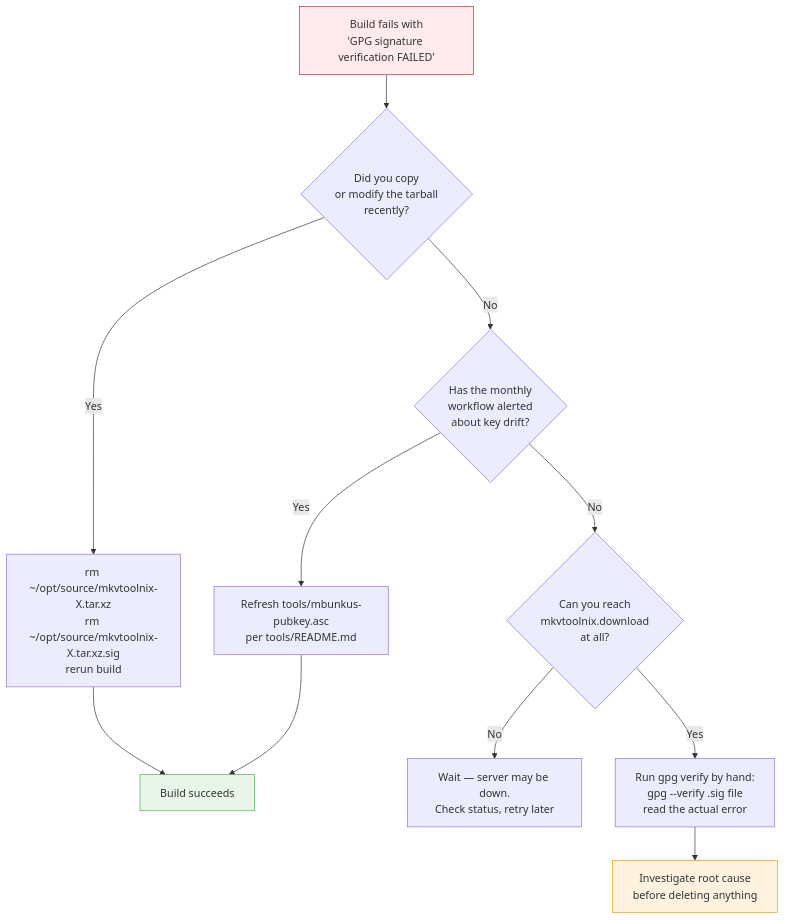
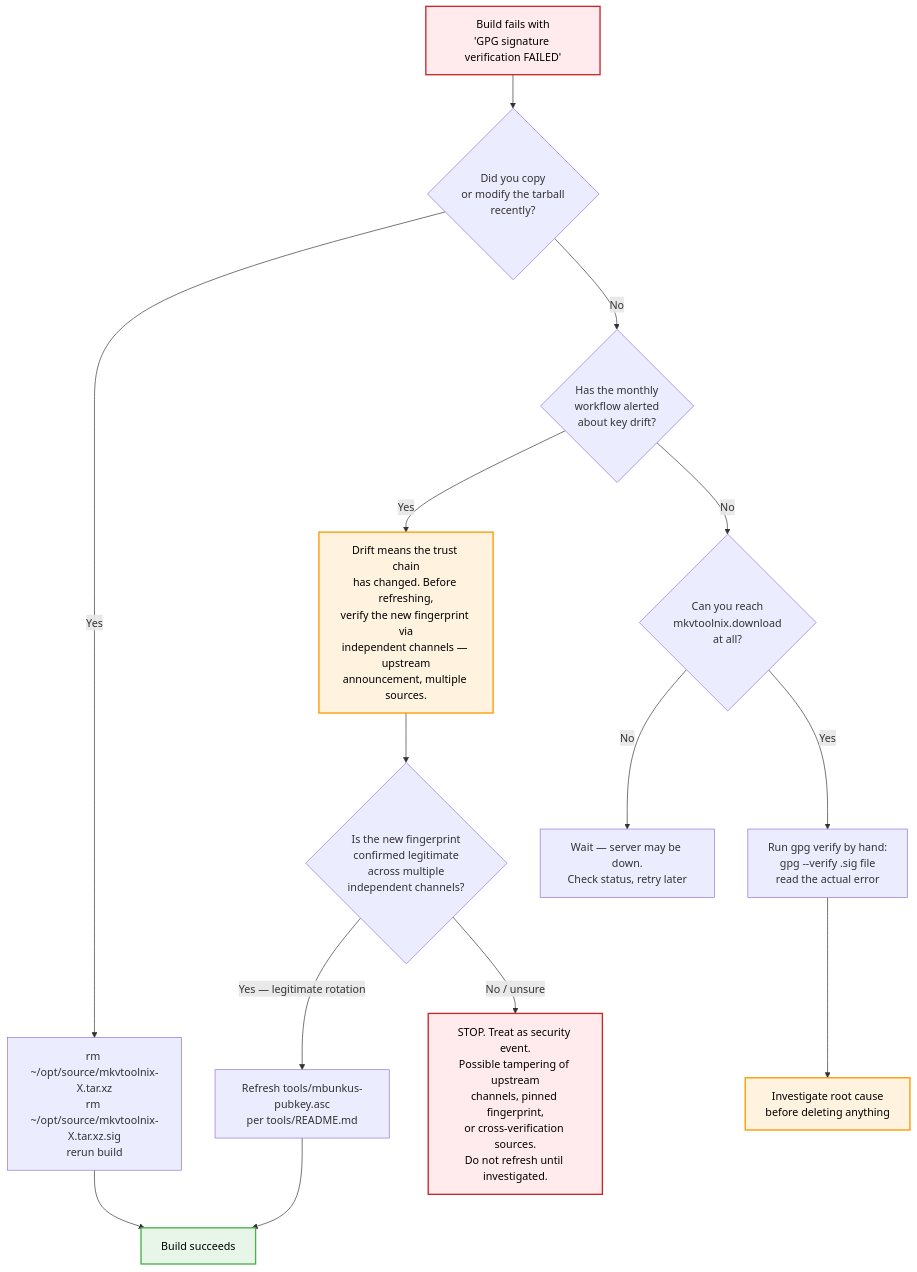
The fifth of 6 diagrams in docs/tarball-verification.md (CorticalCode/mkvtoolnix-macos-arm), drawn with Mermaid before and after one commit. The commit also changed other lines of this file and 2 other files, not shown here.

First line of the commit message:
docs: improve diagram readability and tighten guide content

````diff
--- a/docs/tarball-verification.md
+++ b/docs/tarball-verification.md
@@ -172,22 +179,28 @@
 ```mermaid
 flowchart TD
     Start[Build fails with<br/>'GPG signature verification FAILED']
     Start --> Q1{Did you copy<br/>or modify the tarball<br/>recently?}
 
     Q1 -->|Yes| Fix1[rm ~/opt/source/mkvtoolnix-X.tar.xz<br/>rm ~/opt/source/mkvtoolnix-X.tar.xz.sig<br/>rerun build]
     Q1 -->|No| Q2{Has the monthly<br/>workflow alerted<br/>about key drift?}
 
-    Q2 -->|Yes| Refresh[Refresh tools/mbunkus-pubkey.asc<br/>per tools/README.md]
+    Q2 -->|Yes| DriftCheck[Drift means the trust chain<br/>has changed. Before refreshing,<br/>verify the new fingerprint via<br/>independent channels — upstream<br/>announcement, multiple sources.]
+    DriftCheck --> Q2a{Is the new fingerprint<br/>confirmed legitimate<br/>across multiple<br/>independent channels?}
+    Q2a -->|Yes — legitimate rotation| Refresh[Refresh tools/mbunkus-pubkey.asc<br/>per tools/README.md]
+    Q2a -->|No / unsure| SecurityEvent[STOP. Treat as security event.<br/>Possible tampering of upstream<br/>channels, pinned fingerprint,<br/>or cross-verification sources.<br/>Do not refresh until investigated.]
+
     Q2 -->|No| Q3{Can you reach<br/>mkvtoolnix.download<br/>at all?}
 
     Q3 -->|No| Wait[Wait — server may be down.<br/>Check status, retry later]
     Q3 -->|Yes| Manual[Run gpg verify by hand:<br/>gpg --verify .sig file<br/>read the actual error]
 
     Fix1 --> Done[Build succeeds]
     Refresh --> Done
     Manual --> Investigate[Investigate root cause<br/>before deleting anything]
 
-    style Start fill:#ffebee,stroke:#c62828
-    style Done fill:#e8f5e9,stroke:#4caf50
-    style Investigate fill:#fff3e0,stroke:#ff9800
+    style Start fill:#ffebee,stroke:#c62828,stroke-width:2px,color:#000
+    style Done fill:#e8f5e9,stroke:#4caf50,stroke-width:2px,color:#000
+    style DriftCheck fill:#fff3e0,stroke:#ff9800,stroke-width:2px,color:#000
+    style Investigate fill:#fff3e0,stroke:#ff9800,stroke-width:2px,color:#000
+    style SecurityEvent fill:#ffebee,stroke:#c62828,stroke-width:2px,color:#000
 ```
````
